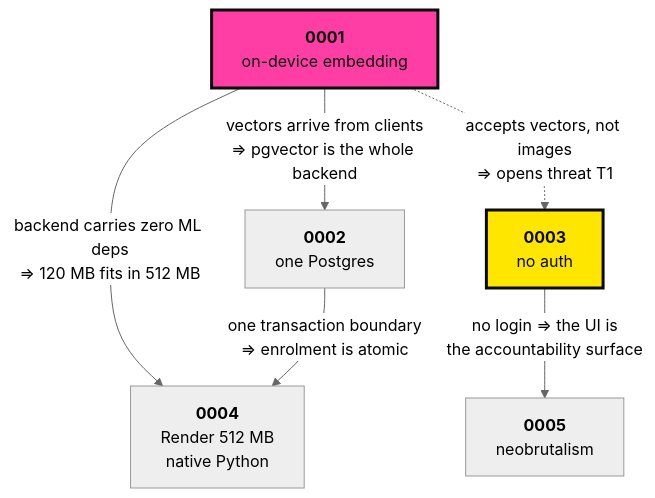
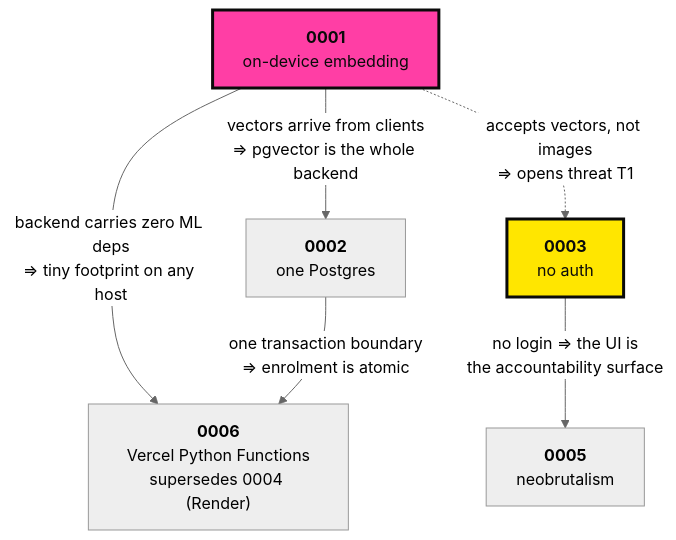
Before and after one commit to SarmaHighOnCode/Perigee: the diagram in docs/ADR/README.md, drawn with Mermaid (neutral theme). The commit also changed other lines of this file and 3 other files, not shown here.

````diff
--- a/docs/ADR/README.md
+++ b/docs/ADR/README.md
@@ -25,17 +26,17 @@
 ```mermaid
 graph TB
     A["<b>0001</b><br/>on-device embedding"]
-    B["<b>0004</b><br/>Render 512 MB<br/>native Python"]
+    B["<b>0006</b><br/>Vercel Python Functions<br/>supersedes 0004 (Render)"]
     C["<b>0002</b><br/>one Postgres"]
     D["<b>0003</b><br/>no auth"]
     E["<b>0005</b><br/>neobrutalism"]
 
-    A -->|"backend carries zero ML deps<br/>⇒ 120 MB fits in 512 MB"| B
+    A -->|"backend carries zero ML deps<br/>⇒ tiny footprint on any host"| B
     A -->|"vectors arrive from clients<br/>⇒ pgvector is the whole backend"| C
     A -.->|"accepts vectors, not images<br/>⇒ opens threat T1"| D
     D -->|"no login ⇒ the UI is<br/>the accountability surface"| E
     C -->|"one transaction boundary<br/>⇒ enrolment is atomic"| B
 
     style A fill:#FF3EA5,stroke:#0A0A0A,stroke-width:3px,color:#0A0A0A
     style D fill:#FFE600,stroke:#0A0A0A,stroke-width:3px,color:#0A0A0A
 ```
````
